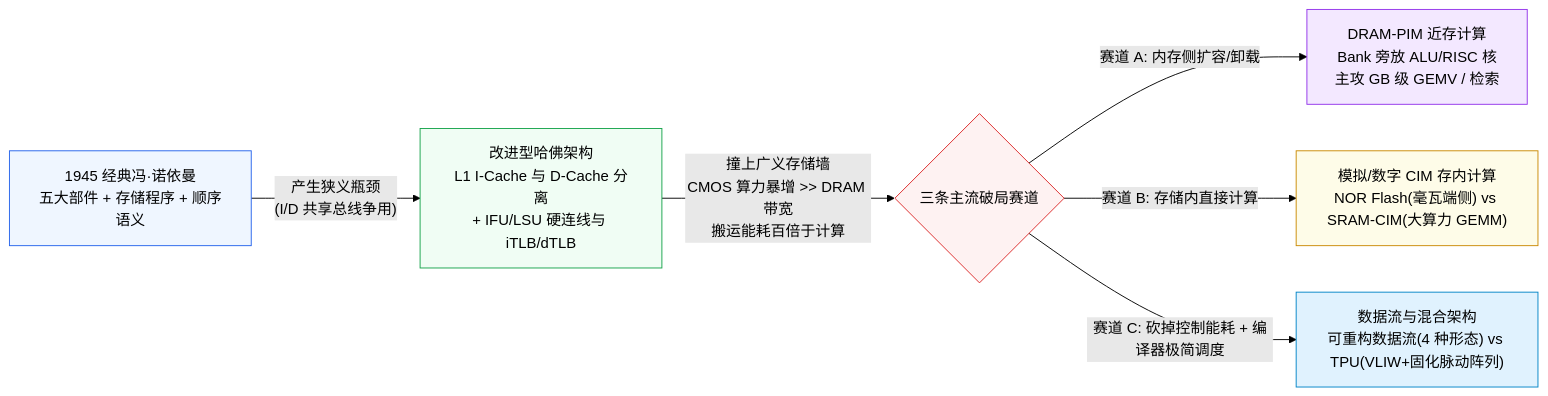
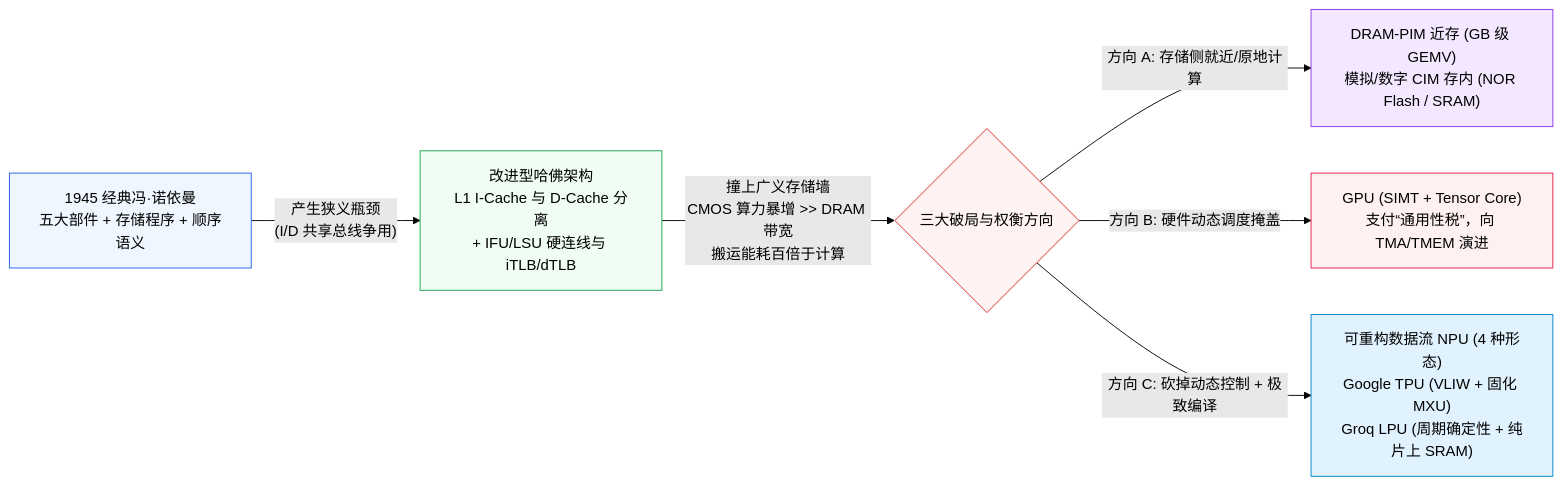
Before and after one commit to hqu-little-boy/blog: diagram 14 of 14 in src/content/posts/von-neumann-bottleneck-memory-wall-harvard-cache-and-cim-pim-guide.md, drawn with Mermaid (forest theme). The commit also changed other lines of this file, not shown here.

Commit message:
docs: add GPU vs TPU generality tax analysis and Groq LPU (TSP) architecture sections

````diff
--- a/src/content/posts/von-neumann-bottleneck-memory-wall-harvard-cache-and-cim-pim-guide.md
+++ b/src/content/posts/von-neumann-bottleneck-memory-wall-harvard-cache-and-cim-pim-guide.md
@@ -804,16 +1000,16 @@
 ```mermaid
 flowchart LR
     VN["1945 经典冯·诺依曼<br/>五大部件 + 存储程序 + 顺序语义"] -->|"产生狭义瓶颈<br/>(I/D 共享总线争用)"| MH["改进型哈佛架构<br/>L1 I-Cache 与 D-Cache 分离<br/>+ IFU/LSU 硬连线与 iTLB/dTLB"]
-    MH -->|"撞上广义存储墙<br/>CMOS 算力暴增 >> DRAM 带宽<br/>搬运能耗百倍于计算"| SPLIT{"三条主流破局赛道"}
+    MH -->|"撞上广义存储墙<br/>CMOS 算力暴增 >> DRAM 带宽<br/>搬运能耗百倍于计算"| SPLIT{"三大破局与权衡方向"}
 
-    SPLIT -->|"赛道 A: 内存侧扩容/卸载"| PIM["DRAM-PIM 近存计算<br/>Bank 旁放 ALU/RISC 核<br/>主攻 GB 级 GEMV / 检索"]
-    SPLIT -->|"赛道 B: 存储内直接计算"| CIM["模拟/数字 CIM 存内计算<br/>NOR Flash(毫瓦端侧) vs SRAM-CIM(大算力 GEMM)"]
-    SPLIT -->|"赛道 C: 砍掉控制能耗 + 编译器极简调度"| DF["数据流与混合架构<br/>可重构数据流(4 种形态) vs TPU(VLIW+固化脉动阵列)"]
+    SPLIT -->|"方向 A: 存储侧就近/原地计算"| CIMPIM["DRAM-PIM 近存 (GB 级 GEMV)<br/>模拟/数字 CIM 存内 (NOR Flash / SRAM)"]
+    SPLIT -->|"方向 B: 硬件动态调度掩盖"| GPU["GPU (SIMT + Tensor Core)<br/>支付“通用性税”，向 TMA/TMEM 演进"]
+    SPLIT -->|"方向 C: 砍掉动态控制 + 极致编译"| SCDF["可重构数据流 NPU (4 种形态)<br/>Google TPU (VLIW + 固化 MXU)<br/>Groq LPU (周期确定性 + 纯片上 SRAM)"]
 
     style VN fill:#eff6ff,stroke:#2563eb
     style MH fill:#f0fdf4,stroke:#16a34a
     style SPLIT fill:#fef2f2,stroke:#dc2626
-    style PIM fill:#f3e8ff,stroke:#9333ea
-    style CIM fill:#fefce8,stroke:#ca8a04
-    style DF fill:#e0f2fe,stroke:#0284c7
+    style CIMPIM fill:#f3e8ff,stroke:#9333ea
+    style GPU fill:#fff1f2,stroke:#e11d48
+    style SCDF fill:#e0f2fe,stroke:#0284c7
 ```
````
